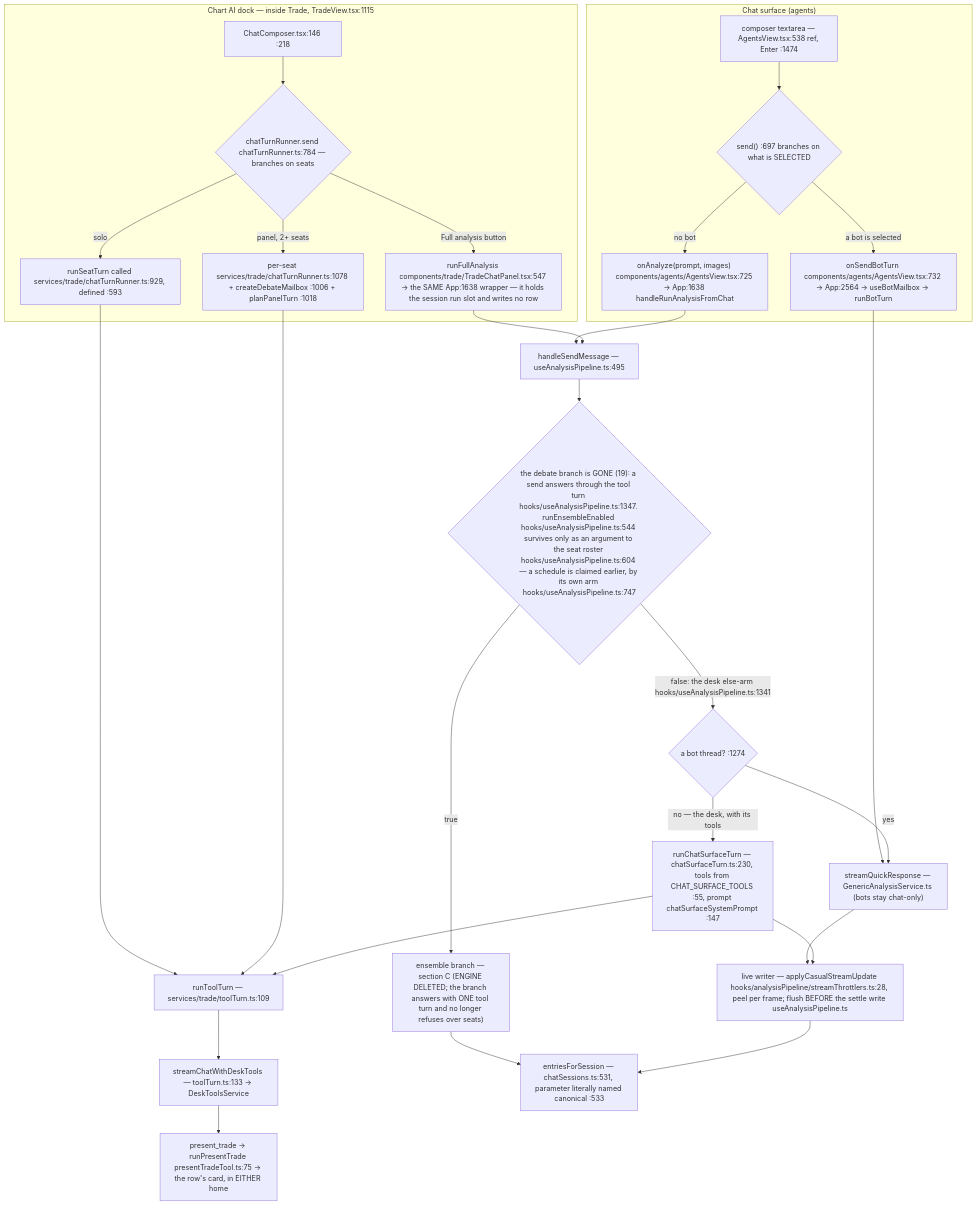
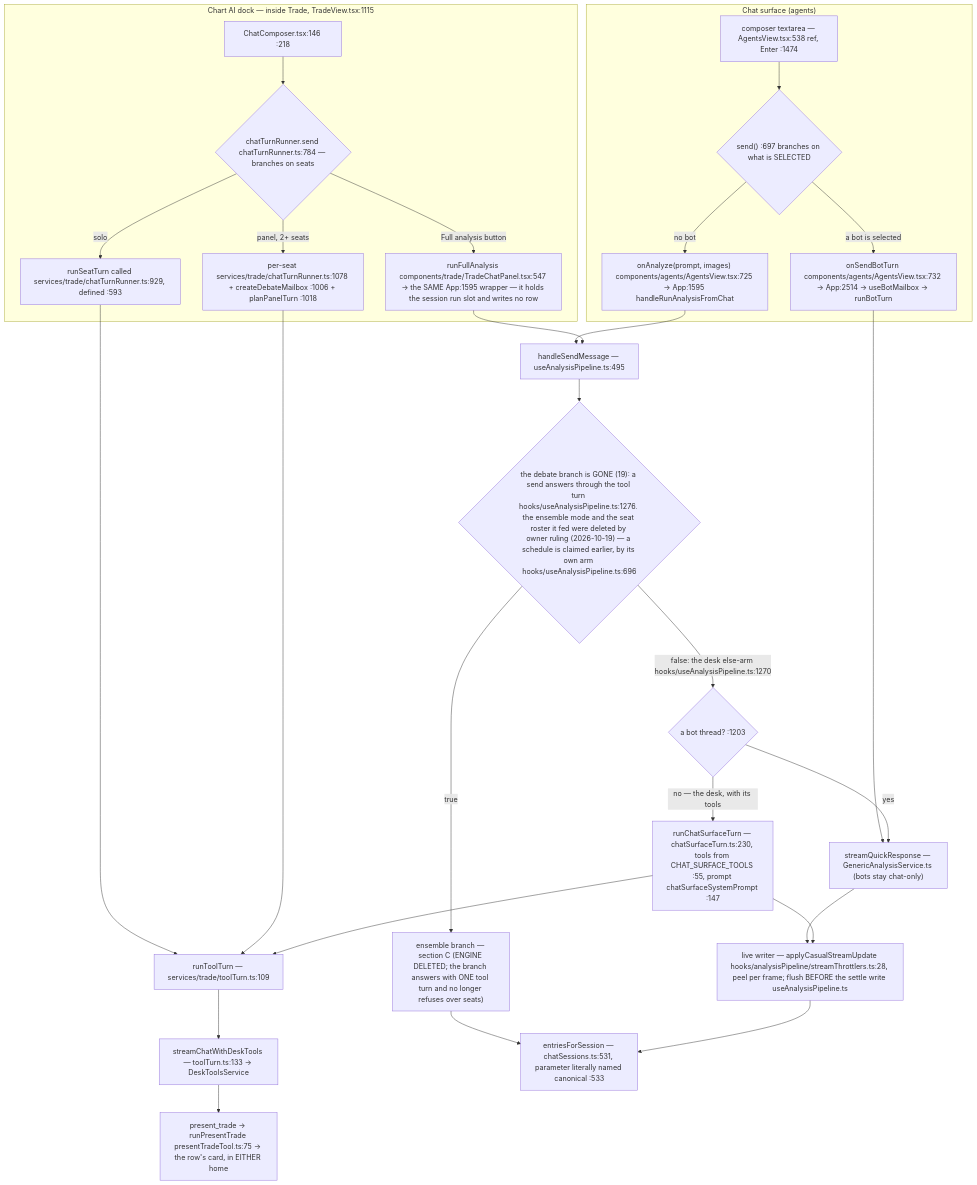
One commit to Acepay25/august-3.5 changed the second of 7 diagrams in docs/app-flow.md. Above: the diagram before and after it, drawn with Mermaid. The commit also changed other lines of this file and 82 other files, not shown here.

````diff
--- a/docs/app-flow.md
+++ b/docs/app-flow.md
@@ -61,31 +61,31 @@
 ```mermaid
 flowchart TD
     subgraph CHAT["Chat surface (agents)"]
         CB["composer textarea — AgentsView.tsx:538 ref, Enter :1474"] --> D1{"send() :697 branches on what is SELECTED"}
-        D1 -->|a bot is selected| BOT["onSendBotTurn components/agents/AgentsView.tsx:732 → App:2564 → useBotMailbox → runBotTurn"]
-        D1 -->|no bot| AN["onAnalyze(prompt, images) components/agents/AgentsView.tsx:725 → App:1638 handleRunAnalysisFromChat"]
+        D1 -->|a bot is selected| BOT["onSendBotTurn components/agents/AgentsView.tsx:732 → App:2514 → useBotMailbox → runBotTurn"]
+        D1 -->|no bot| AN["onAnalyze(prompt, images) components/agents/AgentsView.tsx:725 → App:1595 handleRunAnalysisFromChat"]
     end
     subgraph DOCK["Chart AI dock — inside Trade, TradeView.tsx:1115"]
         DC["ChatComposer.tsx:146 :218"] --> D2{"chatTurnRunner.send chatTurnRunner.ts:784 — branches on seats"}
         D2 -->|solo| SO["runSeatTurn called services/trade/chatTurnRunner.ts:929, defined :593"]
         D2 -->|panel, 2+ seats| PN["per-seat services/trade/chatTurnRunner.ts:1078 + createDebateMailbox :1006 + planPanelTurn :1018"]
-        D2 -->|Full analysis button| FA["runFullAnalysis components/trade/TradeChatPanel.tsx:547 → the SAME App:1638 wrapper — it holds the session run slot and writes no row"]
+        D2 -->|Full analysis button| FA["runFullAnalysis components/trade/TradeChatPanel.tsx:547 → the SAME App:1595 wrapper — it holds the session run slot and writes no row"]
     end
     SO --> TT["runToolTurn — services/trade/toolTurn.ts:109"]
     PN --> TT
     TT --> SCDT["streamChatWithDeskTools — toolTurn.ts:133 → DeskToolsService"]
     BOT --> TR["streamQuickResponse — GenericAnalysisService.ts (bots stay chat-only)"]
     AN --> HSM["handleSendMessage — useAnalysisPipeline.ts:495"]
     FA --> HSM
-    HSM --> D3{"the debate branch is GONE (19): a send answers through the tool turn hooks/useAnalysisPipeline.ts:1347. runEnsembleEnabled hooks/useAnalysisPipeline.ts:544 survives only as an argument to the seat roster hooks/useAnalysisPipeline.ts:604 — a schedule is claimed earlier, by its own arm hooks/useAnalysisPipeline.ts:747"}
+    HSM --> D3{"the debate branch is GONE (19): a send answers through the tool turn hooks/useAnalysisPipeline.ts:1276. the ensemble mode and the seat roster it fed were deleted by owner ruling (2026-10-19) — a schedule is claimed earlier, by its own arm hooks/useAnalysisPipeline.ts:696"}
     D3 -->|true| ENS["ensemble branch — section C (ENGINE DELETED; the branch answers with ONE tool turn and no longer refuses over seats)"]
-    D3 -->|false: the desk else-arm hooks/useAnalysisPipeline.ts:1341| SPLIT{"a bot thread? :1274"}
+    D3 -->|false: the desk else-arm hooks/useAnalysisPipeline.ts:1270| SPLIT{"a bot thread? :1203"}
     SPLIT -->|yes| TR
     SPLIT -->|no — the desk, with its tools| CST["runChatSurfaceTurn — chatSurfaceTurn.ts:230, tools from CHAT_SURFACE_TOOLS :55, prompt chatSurfaceSystemPrompt :147"]
     CST --> TT
     TR --> LW["live writer — applyCasualStreamUpdate hooks/analysisPipeline/streamThrottlers.ts:28, peel per frame; flush BEFORE the settle write useAnalysisPipeline.ts"]
     CST --> LW
     ENS --> MERGE
     LW --> MERGE["entriesForSession — chatSessions.ts:531, parameter literally named canonical :533"]
     SCDT --> PT["present_trade → runPresentTrade presentTradeTool.ts:75 → the row's card, in EITHER home"]
 ```
````
